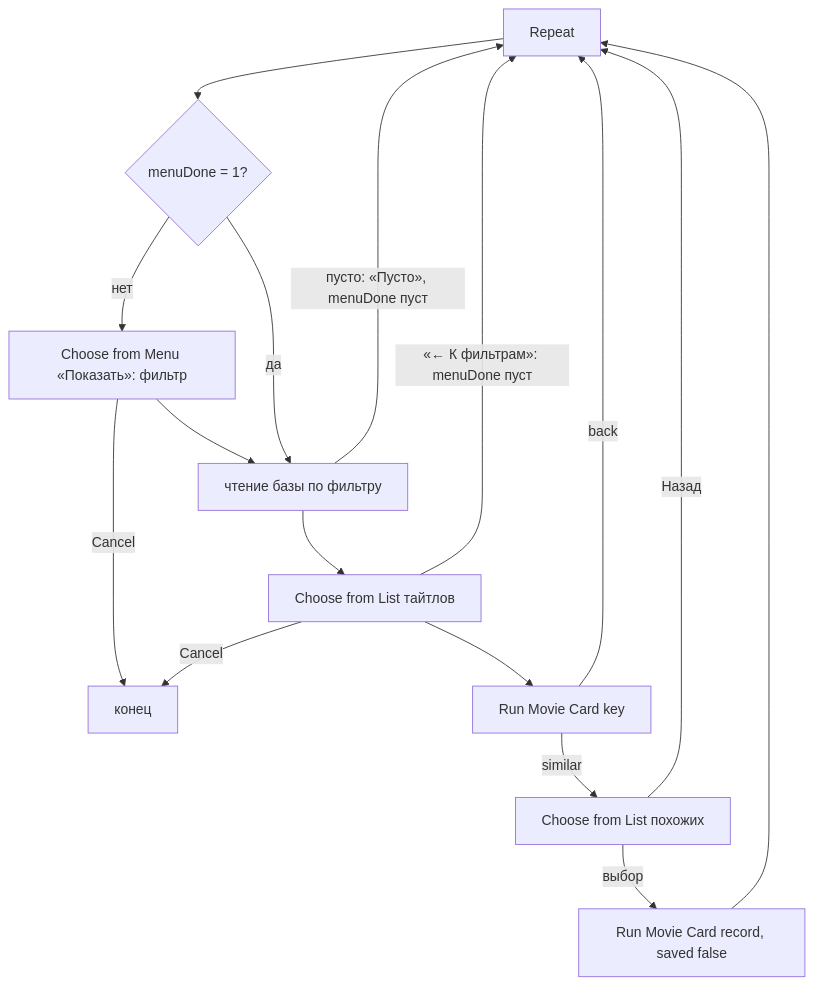
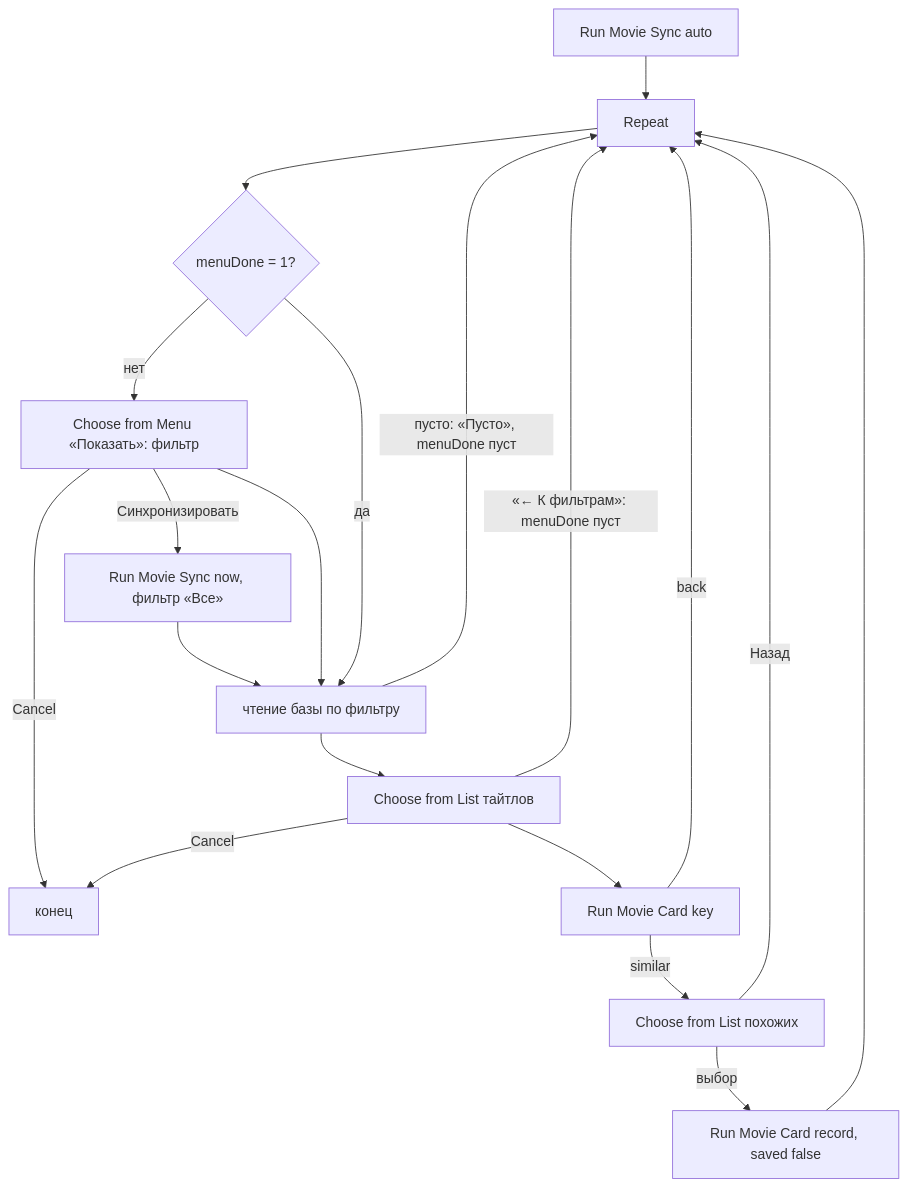
The diagram in ios/shortcuts/rate/README.md (Gamspi/movie_gallery), drawn with Mermaid before and after one commit. The commit also changed other lines of this file and 38 other files, not shown here.

Commit message:
feat(ios): Movie Sync shortcut with daily pull, push queue and episode progress; drop Movie Seasons

````diff
--- a/ios/shortcuts/rate/README.md
+++ b/ios/shortcuts/rate/README.md
@@ -13,17 +13,19 @@
 ```mermaid
 flowchart TD
-    R[Repeat] --> Q{menuDone = 1?}
+    S0[Run Movie Sync auto] --> R[Repeat]
+    R --> Q{menuDone = 1?}
     Q -->|нет| F[Choose from Menu «Показать»: фильтр]
     F -->|Cancel| End[конец]
+    F -->|Синхронизировать| SN[Run Movie Sync now, фильтр «Все»] --> D
     F --> D[чтение базы по фильтру]
     Q -->|да| D
     D -->|пусто: «Пусто», menuDone пуст| R
     D --> L[Choose from List тайтлов]
     L -->|Cancel| End
     L -->|«← К фильтрам»: menuDone пуст| R
     L --> C[Run Movie Card key]
     C -->|back| R
     C -->|similar| S[Choose from List похожих]
     S -->|выбор| CU[Run Movie Card record, saved false] --> R
     S -->|Назад| R
 ```
````
